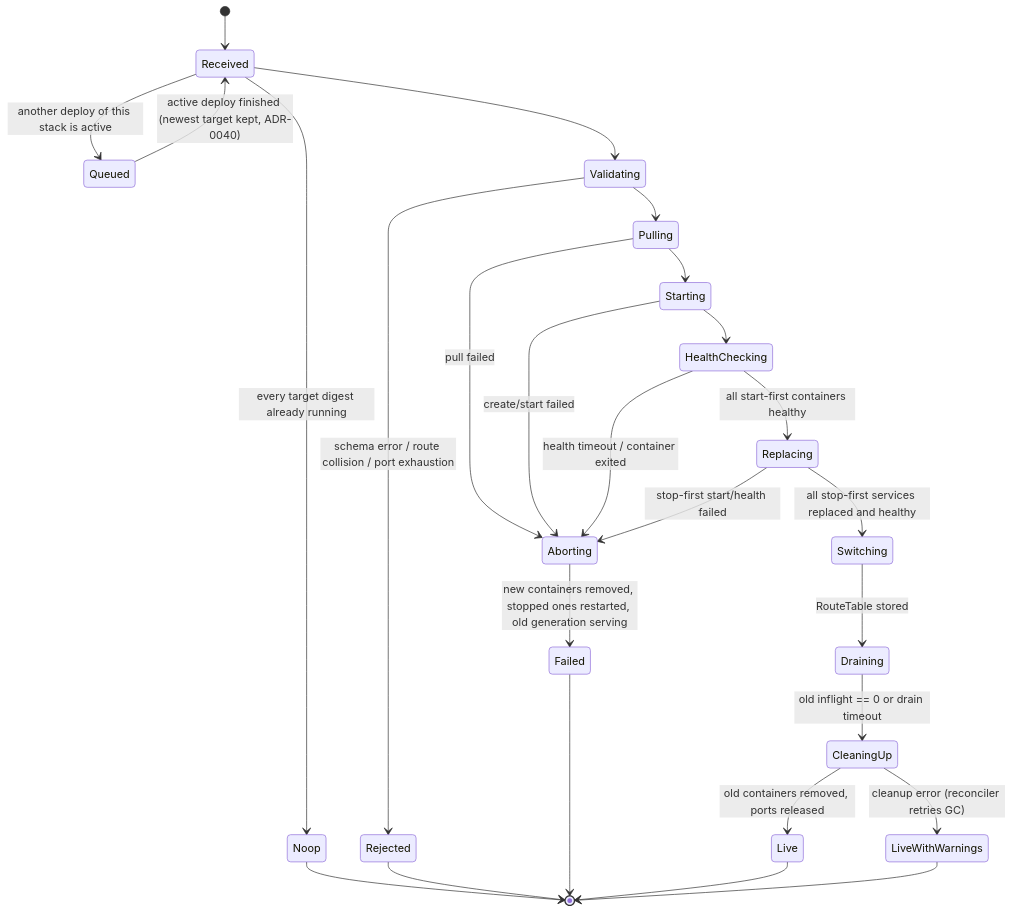
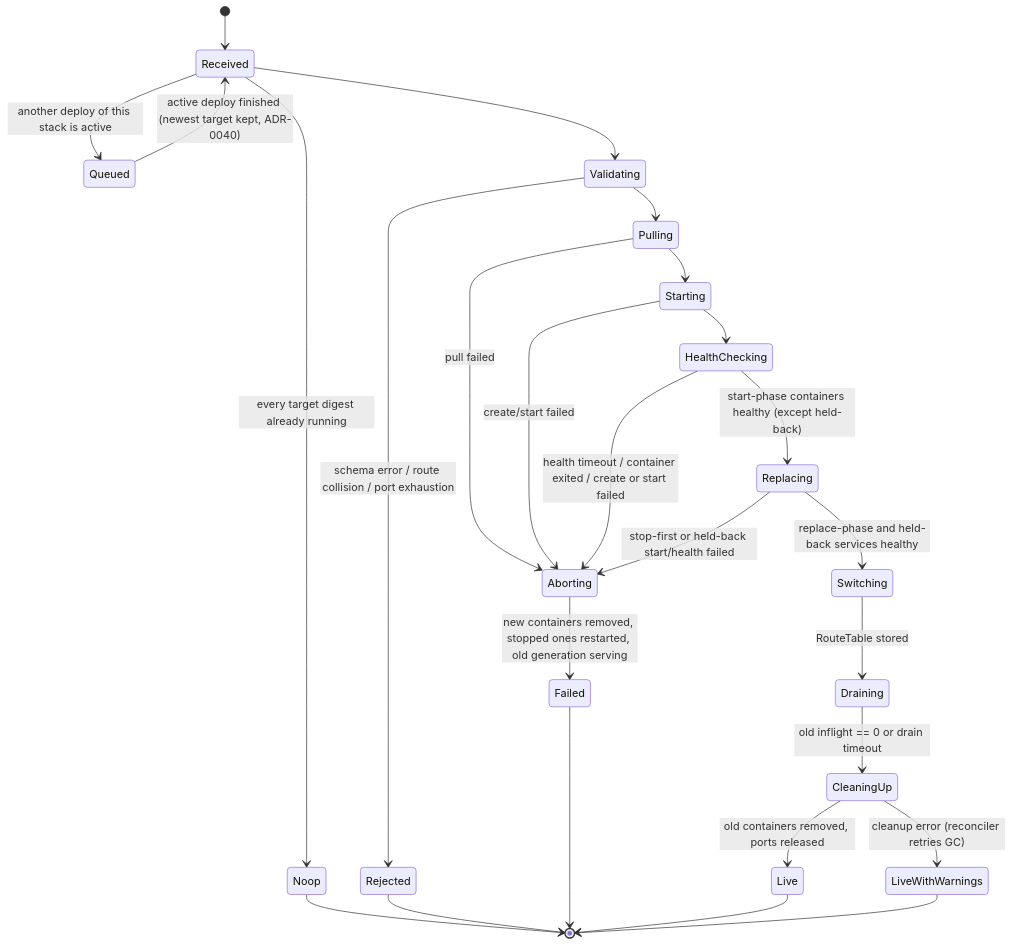
One commit to LHelge/hoster changed the third of 3 diagrams in docs/architecture.md. Above: the diagram before and after it, drawn with Mermaid. The commit also changed other lines of this file and 15 other files, not shown here.

````diff
--- a/docs/architecture.md
+++ b/docs/architecture.md
@@ -357,28 +360,28 @@
 ```mermaid
 stateDiagram-v2
     [*] --> Received
     Received --> Noop: every target digest already running
     Received --> Queued: another deploy of this stack is active
     Queued --> Received: active deploy finished (newest target kept, ADR-0040)
     Received --> Validating
     Validating --> Rejected: schema error / route collision / port exhaustion
     Validating --> Pulling
     Pulling --> Starting
     Starting --> HealthChecking
-    HealthChecking --> Replacing: all start-first containers healthy
-    Replacing --> Switching: all stop-first services replaced and healthy
+    HealthChecking --> Replacing: start-phase containers healthy (except held-back)
+    Replacing --> Switching: replace-phase and held-back services healthy
     Pulling --> Aborting: pull failed
     Starting --> Aborting: create/start failed
-    HealthChecking --> Aborting: health timeout / container exited
-    Replacing --> Aborting: stop-first start/health failed
+    HealthChecking --> Aborting: health timeout / container exited / create or start failed
+    Replacing --> Aborting: stop-first or held-back start/health failed
     Aborting --> Failed: new containers removed, stopped ones restarted, old generation serving
     Switching --> Draining: RouteTable stored
     Draining --> CleaningUp: old inflight == 0 or drain timeout
     CleaningUp --> Live: old containers removed, ports released
     CleaningUp --> LiveWithWarnings: cleanup error (reconciler retries GC)
     Noop --> [*]
     Rejected --> [*]
     Failed --> [*]
     Live --> [*]
     LiveWithWarnings --> [*]
 ```
````
